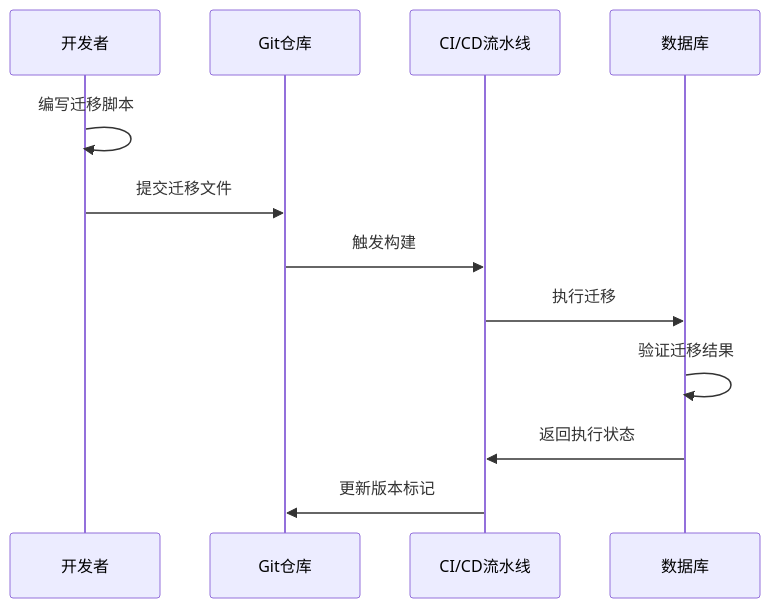
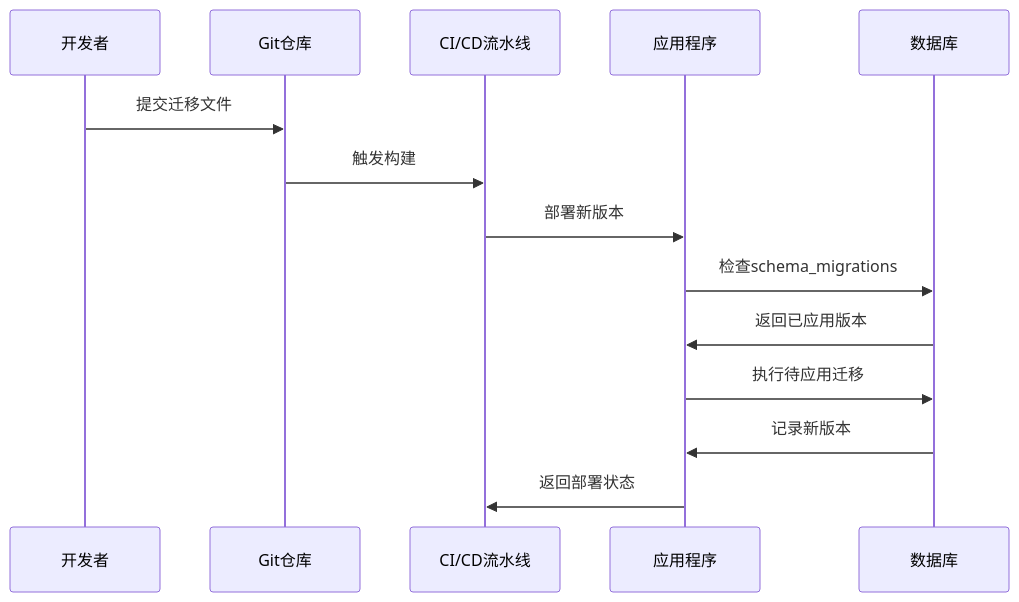
Before and after one commit to mcmrzy/cs_inv_monitor-develop: the sixth of 27 diagrams in .qoder/repowiki/zh/content/数据库设计/数据库迁移管理.md, drawn with Mermaid. The commit also changed other lines of this file and 28 other files, not shown here.

````diff
--- a/.qoder/repowiki/zh/content/数据库设计/数据库迁移管理.md
+++ b/.qoder/repowiki/zh/content/数据库设计/数据库迁移管理.md
@@ -214,14 +286,16 @@
 ```mermaid
 sequenceDiagram
 participant Dev as 开发者
 participant Git as Git仓库
 participant CI as CI/CD流水线
+participant App as 应用程序
 participant DB as 数据库
-Dev->>Dev : 编写迁移脚本
 Dev->>Git : 提交迁移文件
 Git->>CI : 触发构建
-CI->>DB : 执行迁移
-DB->>DB : 验证迁移结果
-DB->>CI : 返回执行状态
-CI->>Git : 更新版本标记
+CI->>App : 部署新版本
+App->>DB : 检查schema_migrations
+DB->>App : 返回已应用版本
+App->>DB : 执行待应用迁移
+DB->>App : 记录新版本
+App->>CI : 返回部署状态
 ```
````
